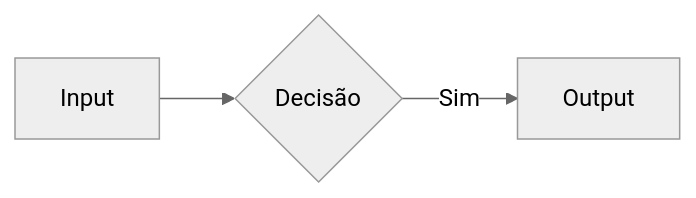
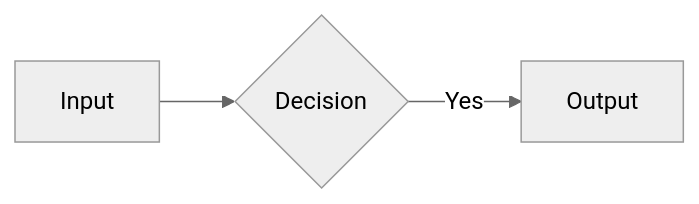
The first of 6 diagrams in CLAUDE.md (felipefontoura/spec-driven-development-book), drawn with Mermaid (neutral theme) before and after one commit. The commit also changed other lines of this file and 21 other files, not shown here.

````diff
--- a/CLAUDE.md
+++ b/CLAUDE.md
@@ -44,5 +49,5 @@
 ```mermaid
 flowchart LR
-    A[Input] --> B{Decisão}
-    B -->|Sim| C[Output]
+    A[Input] --> B{Decision}
+    B -->|Yes| C[Output]
 ```
````
